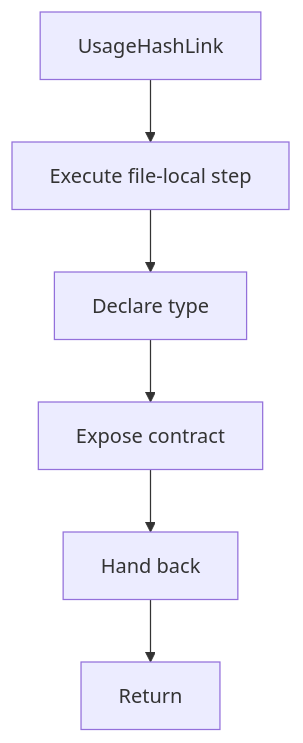
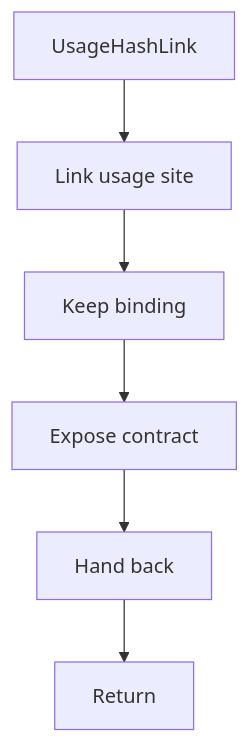
Before and after one commit to JohnAndrewBalbarosa/NeoTerritory: the diagram in docs/Codebase/Microservice/Modules/Header/HashingMechanism/HashLinks/Flow/functions/usagehashlink.hpp.md, drawn with Mermaid. The commit also changed other lines of this file and 147 other files, not shown here.

````diff
--- a/docs/Codebase/Microservice/Modules/Header/HashingMechanism/HashLinks/Flow/functions/usagehashlink.hpp.md
+++ b/docs/Codebase/Microservice/Modules/Header/HashingMechanism/HashLinks/Flow/functions/usagehashlink.hpp.md
@@ -16,14 +21,14 @@
 ```mermaid
 flowchart TD
     Start["UsageHashLink"]
-    N0["Execute file-local step"]
-    N1["Declare type"]
+    N0["Link usage site"]
+    N1["Keep binding"]
     N2["Expose contract"]
     N3["Hand back"]
     End["Return"]
     Start --> N0
     N0 --> N1
     N1 --> N2
     N2 --> N3
     N3 --> End
 ```
````
